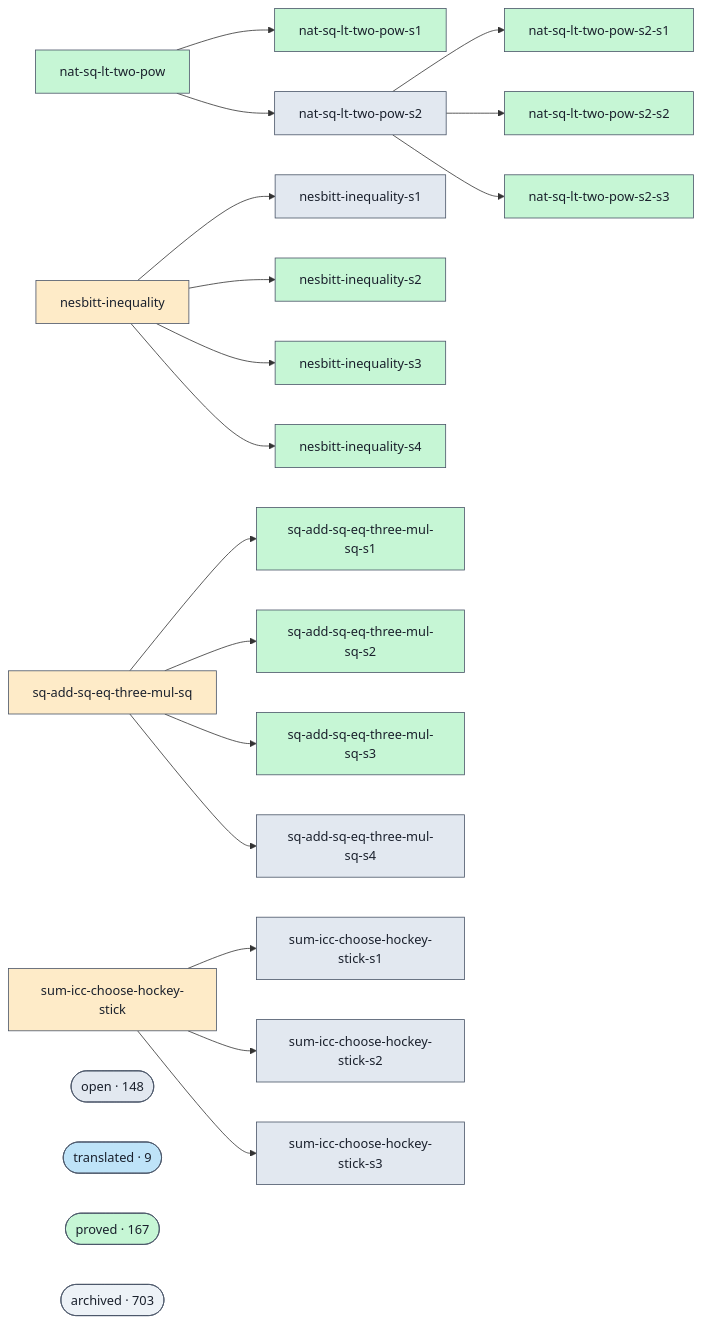
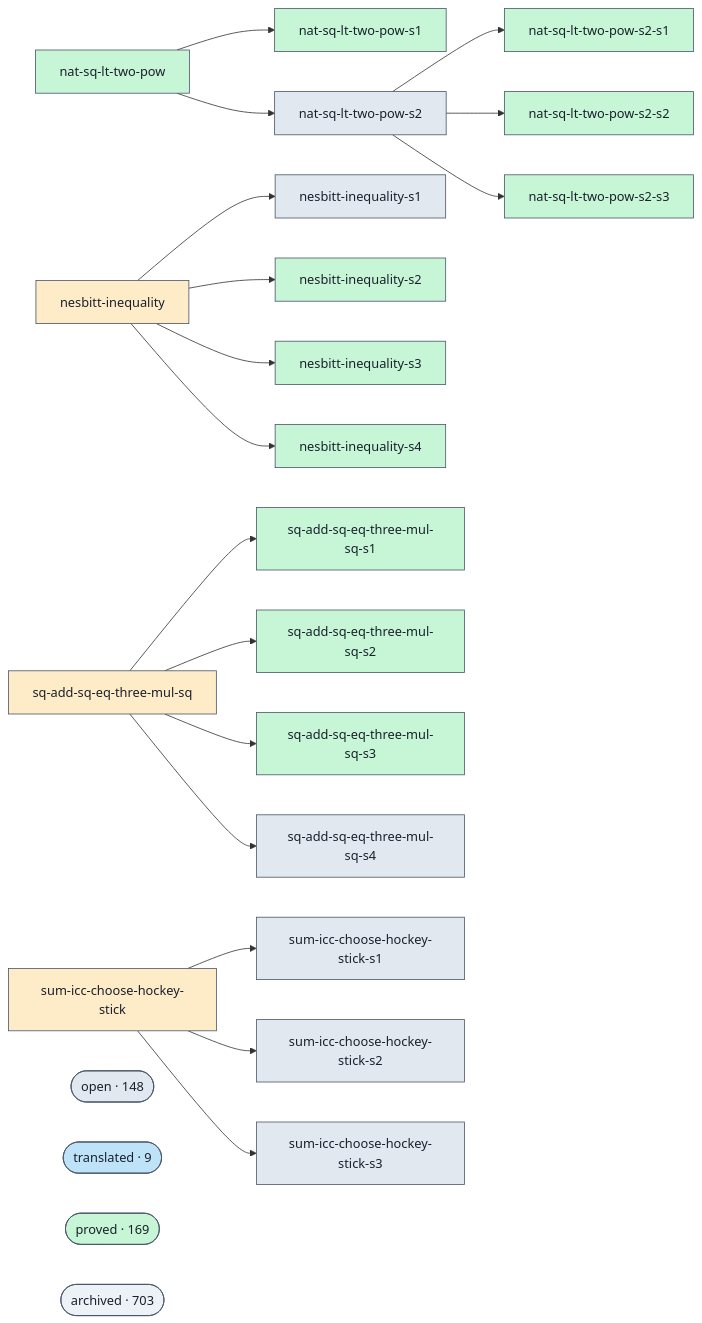
The diagram in docs/proofs-contributors-visualisation.md (Rauxon/unsorry), drawn with Mermaid before and after one commit. The commit also changed other lines of this file and 2 other files, not shown here.

```diff
--- a/docs/proofs-contributors-visualisation.md
+++ b/docs/proofs-contributors-visualisation.md
@@ -102,7 +102,7 @@
   class cluster_open open;
   cluster_translated(["translated · 9"])
   class cluster_translated translated;
-  cluster_proved(["proved · 167"])
+  cluster_proved(["proved · 169"])
   class cluster_proved proved;
   cluster_archived(["archived · 703"])
   class cluster_archived unknown;
```
